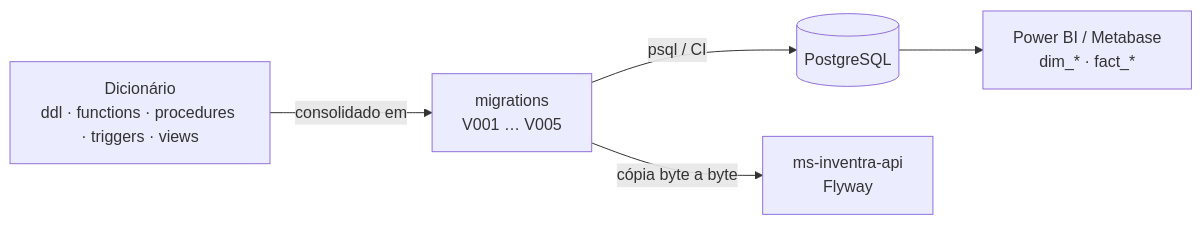
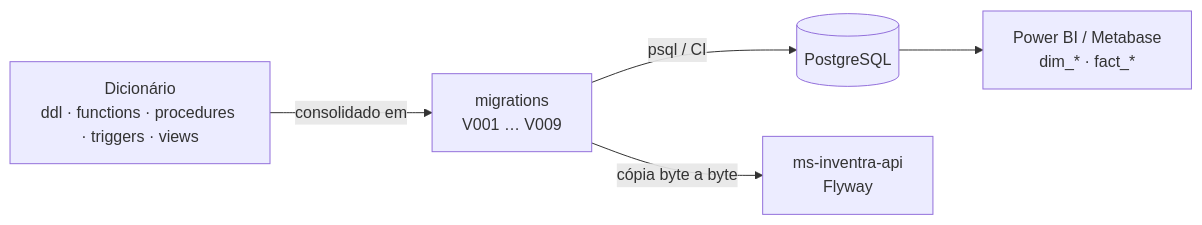
One commit to InventraTech/inventra-data-modeling-2 changed the diagram in README.md. Above: the diagram before and after it, drawn with Mermaid. The commit also changed other lines of this file and 20 other files, not shown here.

````diff
--- a/README.md
+++ b/README.md
@@ -43,7 +43,7 @@
 ```mermaid
 flowchart LR
-    D["Dicionário<br/>ddl · functions · procedures · triggers · views"] -->|consolidado em| M["migrations<br/>V001 … V005"]
+    D["Dicionário<br/>ddl · functions · procedures · triggers · views"] -->|consolidado em| M["migrations<br/>V001 … V009"]
     M -->|psql / CI| DB[("PostgreSQL")]
     M -->|cópia byte a byte| API["ms-inventra-api<br/>Flyway"]
     DB --> BI["Power BI / Metabase<br/>dim_* · fact_*"]
 ```
````
